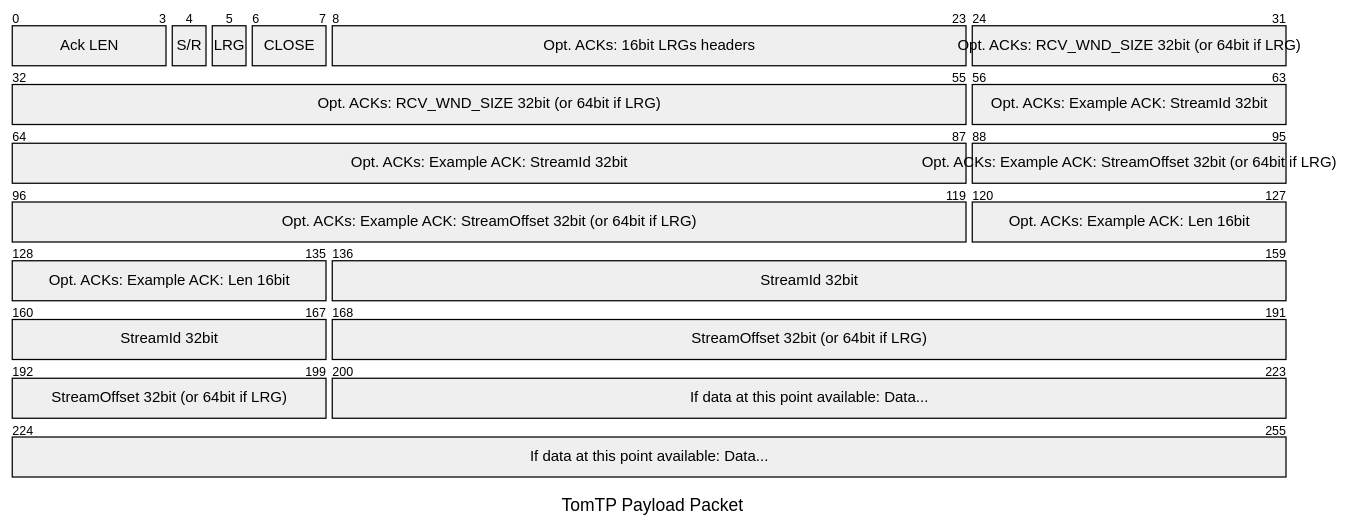
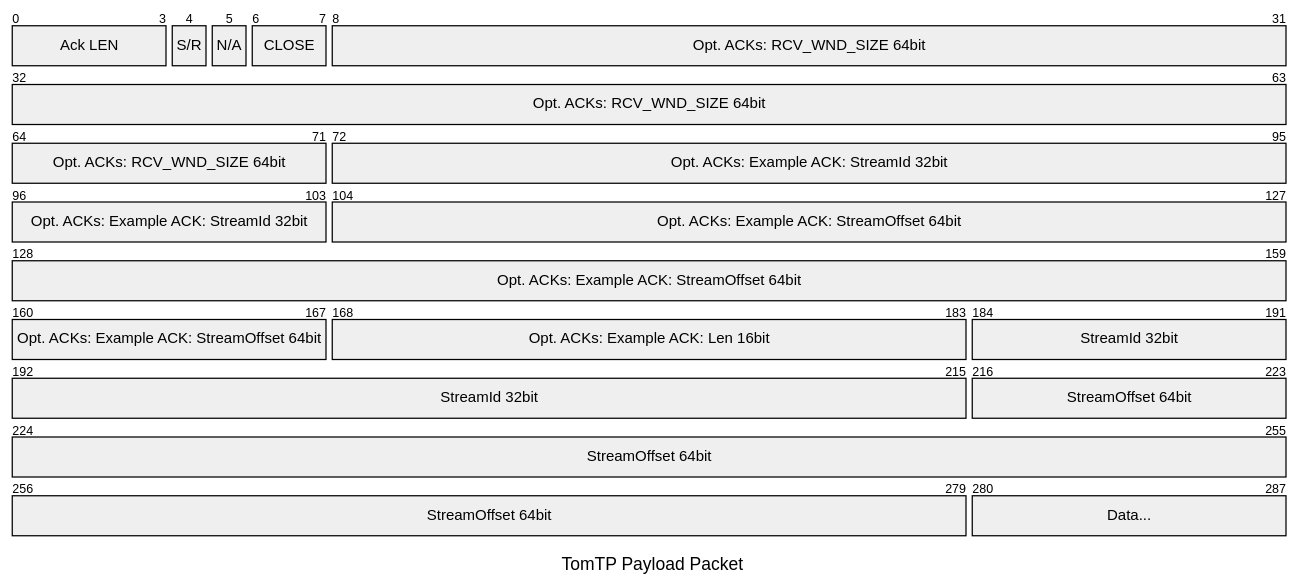
Before and after one commit to tbocek/tomtp: the sixth of 7 diagrams in Readme.md, drawn with Mermaid (neutral theme). The commit also changed other lines of this file and 18 other files, not shown here.

````diff
--- a/Readme.md
+++ b/Readme.md
@@ -212,18 +212,17 @@
 ```mermaid
 ---
 title: "TomTP Payload Packet"
 ---
 packet-beta
   0-3: "Ack LEN"
   4: "S/R"
-  5: "LRG"
+  5: "N/A"
   6-7: "CLOSE"
-  8-23: "Opt. ACKs: 16bit LRGs headers"
-  24-55: "Opt. ACKs: RCV_WND_SIZE 32bit (or 64bit if LRG)"
-  56-87: "Opt. ACKs: Example ACK: StreamId 32bit"
-  88-119: "Opt. ACKs: Example ACK: StreamOffset 32bit (or 64bit if LRG)"
-  120-135: "Opt. ACKs: Example ACK: Len 16bit"
-  136-167: "StreamId 32bit"
-  168-199: "StreamOffset 32bit (or 64bit if LRG)"
-  200-255: "If data at this point available: Data..."
+  8-71: "Opt. ACKs: RCV_WND_SIZE 64bit" 
+  72-103: "Opt. ACKs: Example ACK: StreamId 32bit"
+  104-167: "Opt. ACKs: Example ACK: StreamOffset 64bit"
+  168-183: "Opt. ACKs: Example ACK: Len 16bit"
+  184-215: "StreamId 32bit"
+  216-279: "StreamOffset 64bit"
+  280-287: "Data..."
 ```
````
